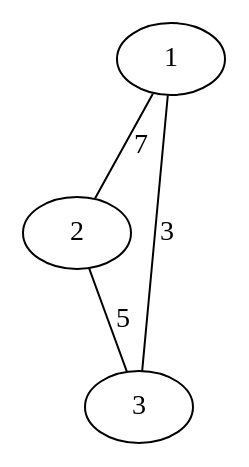
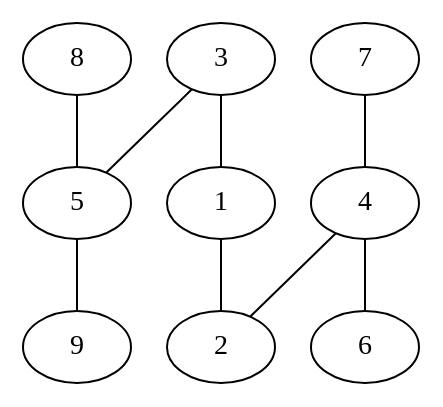
One commit to tamura2004/atcoder changed the diagram in src/main.dot. Above: the diagram before and after it, drawn with Graphviz. The commit also changed 10 other files, not shown here.

```diff
--- a/src/main.dot
+++ b/src/main.dot
@@ -1,5 +1,10 @@
 graph sample {
-  1 -- 2 [label = 7];
-  1 -- 3 [label = 3];
-  2 -- 3 [label = 5];
+3 -- 5;
+4 -- 6;
+4 -- 2;
+5 -- 9;
+8 -- 5;
+1 -- 2;
+7 -- 4;
+3 -- 1;
 }
```
